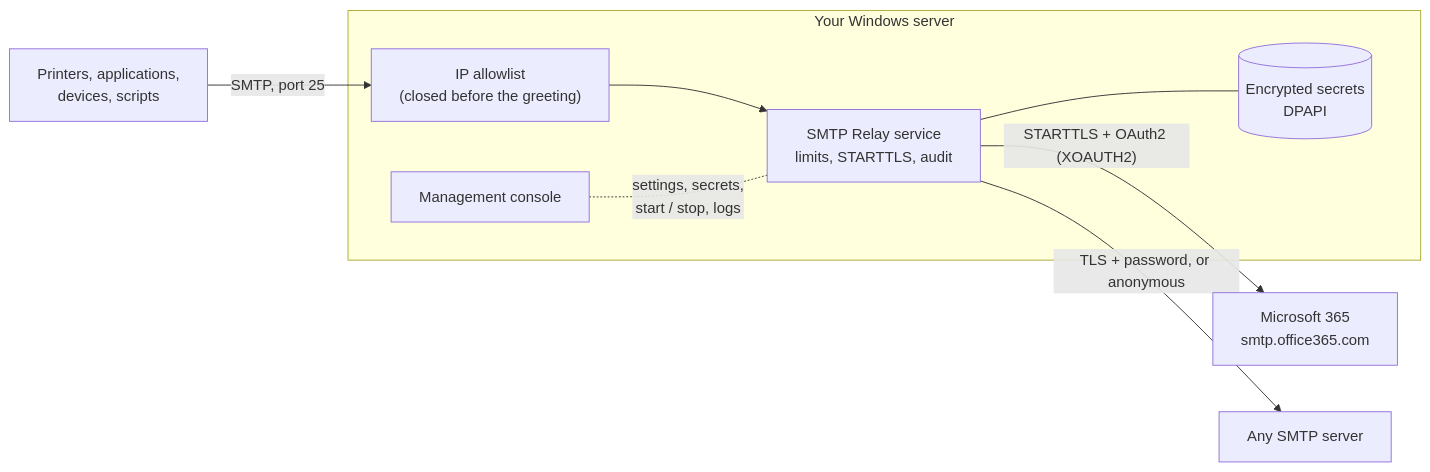
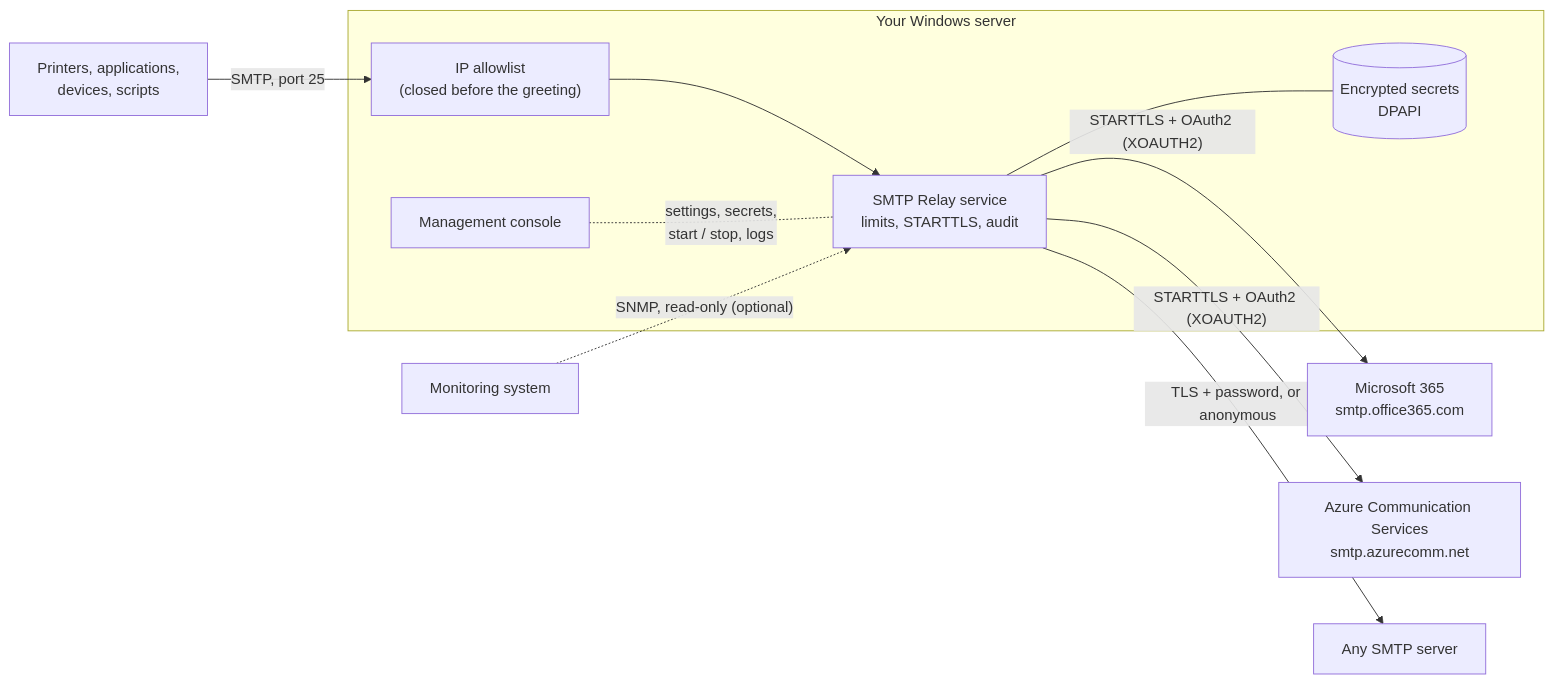
One commit to NEXQsrl/SMTP-Relay changed the diagram in README.md. Above: the diagram before and after it, drawn with Mermaid. The commit also changed other lines of this file and 49 other files, not shown here.

First line of the commit message:
feat: Implement SNMP agent for monitoring delivery metrics

````diff
--- a/README.md
+++ b/README.md
@@ -252,18 +309,22 @@
 ```mermaid
 flowchart LR
     devices["Printers, applications,<br/>devices, scripts"]
     subgraph server["Your Windows server"]
         gate["IP allowlist<br/>(closed before the greeting)"]
         relay["SMTP Relay service<br/>limits, STARTTLS, audit"]
         secrets[("Encrypted secrets<br/>DPAPI")]
         console["Management console"]
         gate --> relay
         relay --- secrets
         console -. "settings, secrets,<br/>start / stop, logs" .- relay
     end
     m365["Microsoft 365<br/>smtp.office365.com"]
+    acs["Azure Communication Services<br/>smtp.azurecomm.net"]
     other["Any SMTP server"]
+    nms["Monitoring system"]
     devices -- "SMTP, port 25" --> gate
     relay -- "STARTTLS + OAuth2 (XOAUTH2)" --> m365
+    relay -- "STARTTLS + OAuth2 (XOAUTH2)" --> acs
     relay -- "TLS + password, or anonymous" --> other
+    nms -. "SNMP, read-only (optional)" .-> relay
 ```
````
